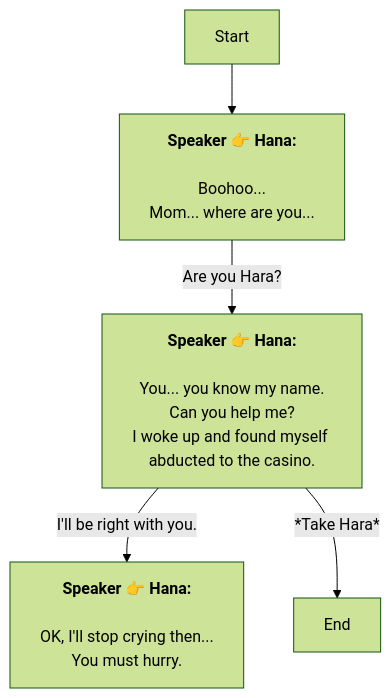
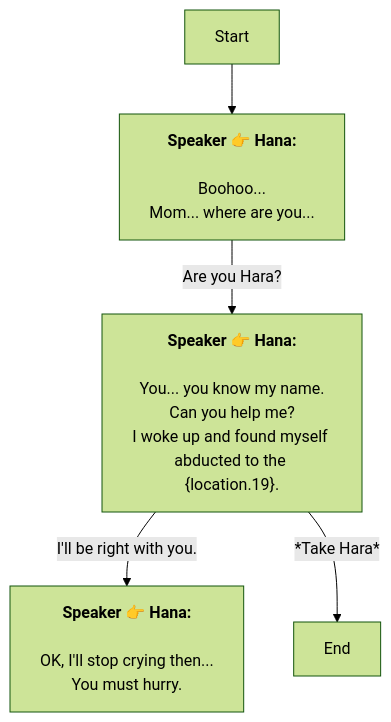
One commit to SoftHu/tos_avg changed the diagram in En/Dialog_55189570570308.md. Above: the diagram before and after it, drawn with Mermaid (forest theme). The commit also changed 730 other files, not shown here.

````diff
--- a/En/Dialog_55189570570308.md
+++ b/En/Dialog_55189570570308.md
@@ -1,12 +1,12 @@
 ```mermaid
 graph
 Start -->1766066321450738[<b>Speaker 👉 Hana:</b>
 \nBoohoo...\nMom... where are you...]
 1766066321450738 -->|Are you Hara?|1766066401604344[<b>Speaker 👉 Hana:</b>
 \nYou... you know my name.\nCan you help me?
-I woke up and found myself abducted to the casino.]
+I woke up and found myself abducted to the &lbrace;location.19&rbrace;.]
 1766066401604344 -->|I'll be right with you.|1766066504773374[<b>Speaker 👉 Hana:</b>
 \nOK, I'll stop crying then...\nYou must hurry.]
 1766066401604344 -->|*Take Hara*|1766066325883635[End]
 
 ```
````
